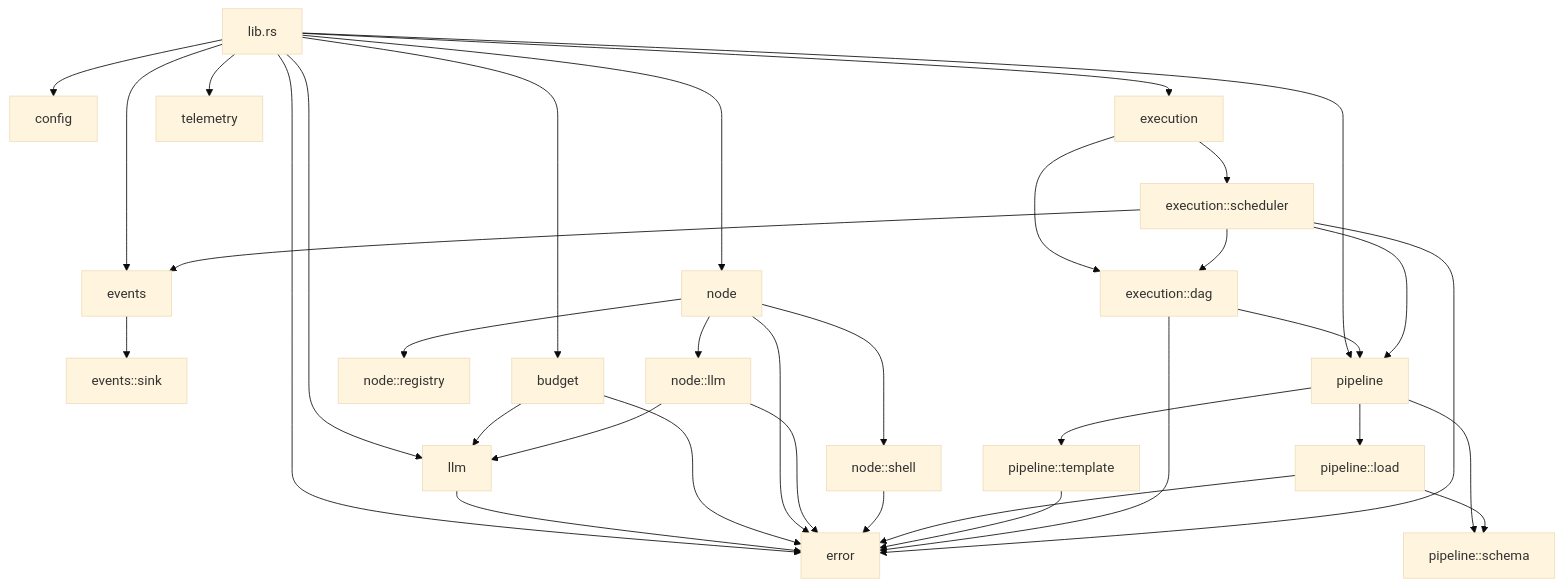
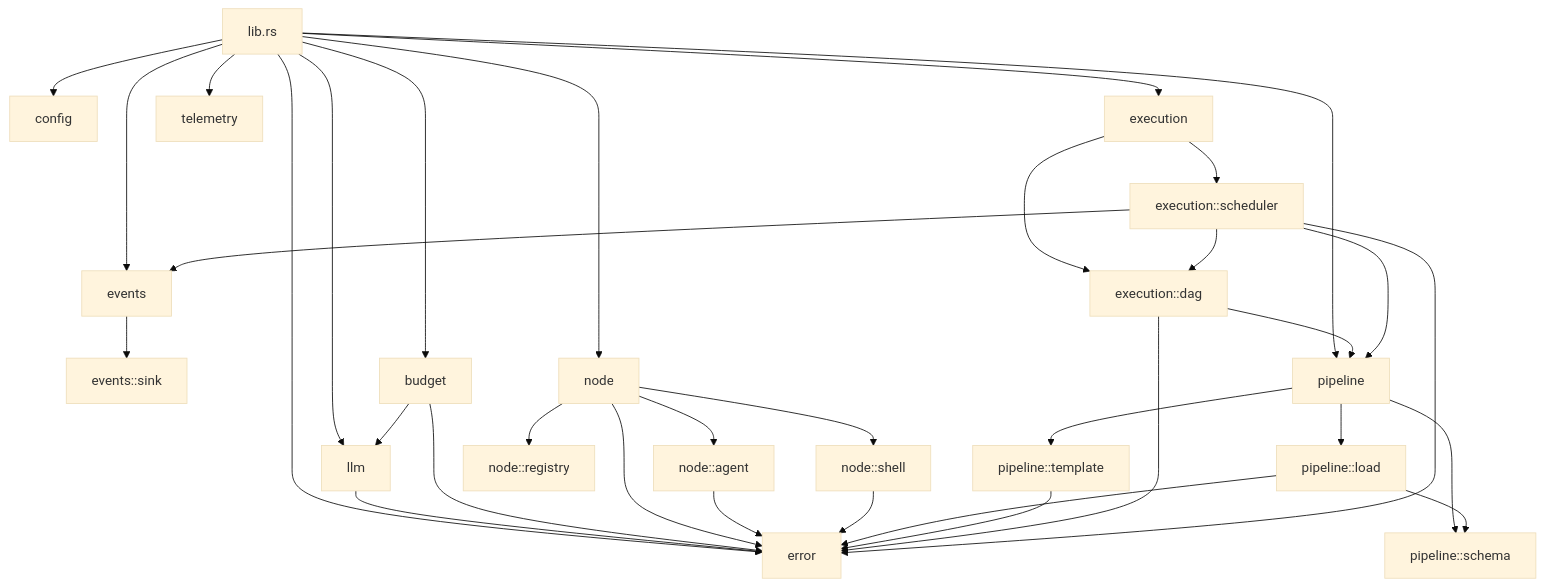
Before and after one commit to DoctorMozg/orno: the second of 11 diagrams in docs/flows.md, drawn with Mermaid (base theme). The commit also changed other lines of this file and 18 other files, not shown here.

````diff
--- a/docs/flows.md
+++ b/docs/flows.md
@@ -36,62 +36,61 @@
 ```mermaid
 graph TD
     lib[lib.rs]
     error[error]
     config[config]
     events[events]
     events_sink[events::sink]
     llm[llm]
     budget[budget]
     node[node]
-    node_llm["node::llm"]
+    node_agent["node::agent"]
     node_shell["node::shell"]
     node_reg["node::registry"]
     pipeline[pipeline]
     pipe_schema["pipeline::schema"]
     pipe_load["pipeline::load"]
     pipe_tpl["pipeline::template"]
     exec[execution]
     exec_dag["execution::dag"]
     exec_sched["execution::scheduler"]
     telemetry[telemetry]
 
     lib --> error
     lib --> config
     lib --> events
     lib --> llm
     lib --> budget
     lib --> node
     lib --> pipeline
     lib --> exec
     lib --> telemetry
 
     events --> events_sink
 
     llm --> error
     budget --> error
     budget --> llm
 
     node --> error
-    node --> node_llm
+    node --> node_agent
     node --> node_shell
     node --> node_reg
-    node_llm --> llm
-    node_llm --> error
+    node_agent --> error
     node_shell --> error
 
     pipeline --> pipe_schema
     pipeline --> pipe_load
     pipeline --> pipe_tpl
     pipe_load --> pipe_schema
     pipe_load --> error
     pipe_tpl --> error
 
     exec --> exec_dag
     exec --> exec_sched
     exec_dag --> pipeline
     exec_dag --> error
     exec_sched --> events
     exec_sched --> pipeline
     exec_sched --> error
     exec_sched --> exec_dag
 ```
````
